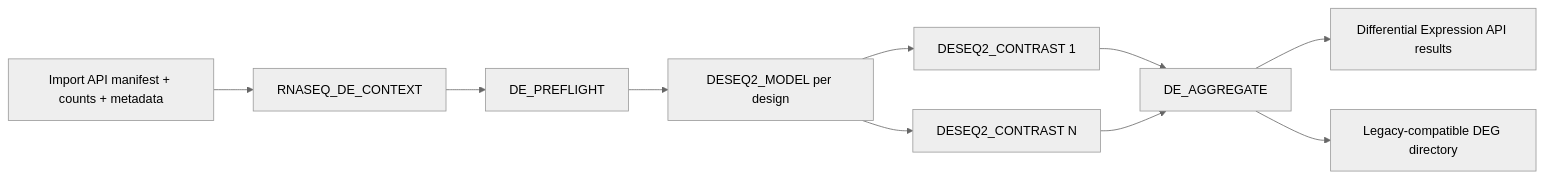
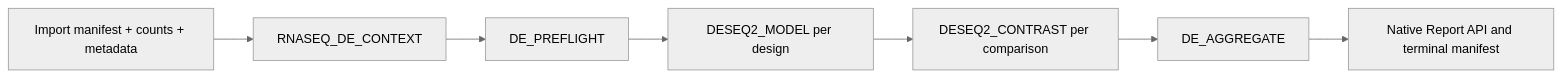
Before and after one commit to GMiguelAlves/HelixForge: the diagram in docs/implementation/native-rnaseq-de.md, drawn with Mermaid (neutral theme). The commit also changed other lines of this file and 33 other files, not shown here.

````diff
--- a/docs/implementation/native-rnaseq-de.md
+++ b/docs/implementation/native-rnaseq-de.md
@@ -8,12 +6,9 @@
 ```mermaid
 flowchart LR
-    IMPORT["Import API manifest + counts + metadata"] --> CONTEXT["RNASEQ_DE_CONTEXT"]
-    CONTEXT --> PREFLIGHT["DE_PREFLIGHT"]
-    PREFLIGHT --> MODEL["DESEQ2_MODEL per design"]
-    MODEL --> C1["DESEQ2_CONTRAST 1"]
-    MODEL --> C2["DESEQ2_CONTRAST N"]
-    C1 --> AGG["DE_AGGREGATE"]
-    C2 --> AGG
-    AGG --> COMMON["Differential Expression API results"]
-    AGG --> LEGACY["Legacy-compatible DEG directory"]
+    I[Import manifest + counts + metadata] --> C[RNASEQ_DE_CONTEXT]
+    C --> P[DE_PREFLIGHT]
+    P --> M[DESEQ2_MODEL per design]
+    M --> X[DESEQ2_CONTRAST per comparison]
+    X --> A[DE_AGGREGATE]
+    A --> R[Native Report API and terminal manifest]
 ```
````
